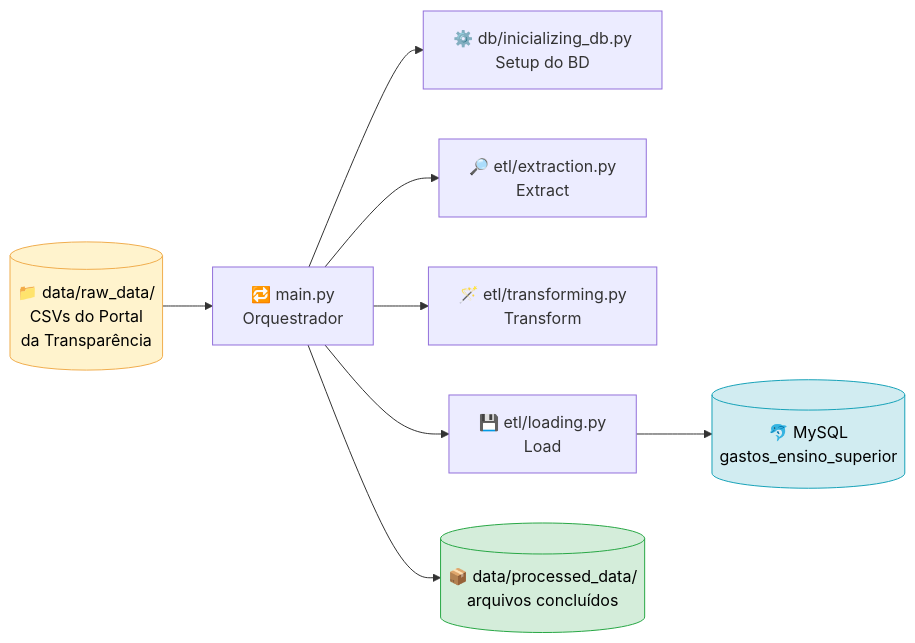
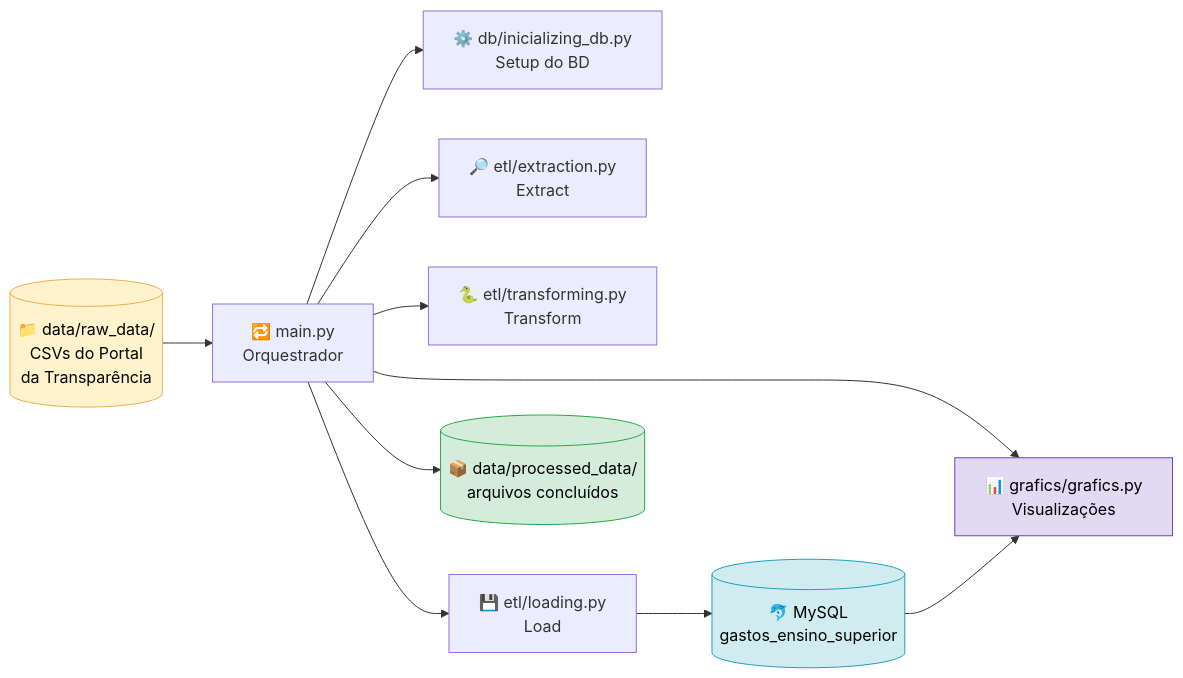
Before and after one commit to joaoalexds/GovEdu_Data_Flow: the diagram in README.md, drawn with Mermaid. The commit also changed other lines of this file and 4 other files, not shown here.

Commit message:
editing the readme and the graphics

````diff
--- a/README.md
+++ b/README.md
@@ -47,14 +51,17 @@
 ```mermaid
 flowchart LR
     A[("📁 data/raw_data/<br>CSVs do Portal<br>da Transparência")] --> M["🔁 main.py<br>Orquestrador"]
     M --> I["⚙️ db/inicializing_db.py<br>Setup do BD"]
     M --> B["🔎 etl/extraction.py<br>Extract"]
-    M --> C["🪄 etl/transforming.py<br>Transform"]
+    M --> C["🐍 etl/transforming.py<br>Transform"]
     M --> D["💾 etl/loading.py<br>Load"]
     D --> E[("🐬 MySQL<br>gastos_ensino_superior")]
     M --> F[("📦 data/processed_data/<br>arquivos concluídos")]
+    M --> G["📊 grafics/grafics.py<br>Visualizações"]
+    E --> G
 
     style A fill:#fff3cd,stroke:#f0ad4e,color:#000
     style E fill:#d1ecf1,stroke:#17a2b8,color:#000
     style F fill:#d4edda,stroke:#28a745,color:#000
+    style G fill:#e2d9f3,stroke:#6f42c1,color:#000
 ```
````
